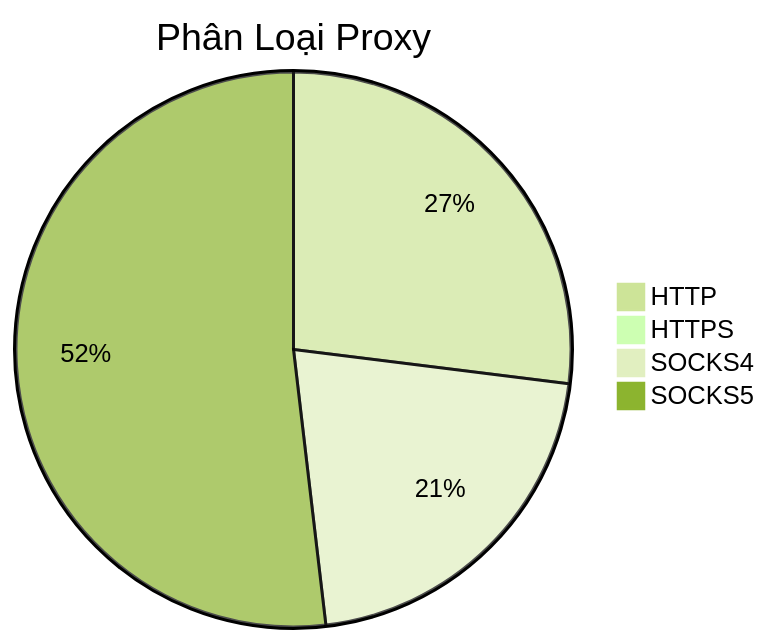
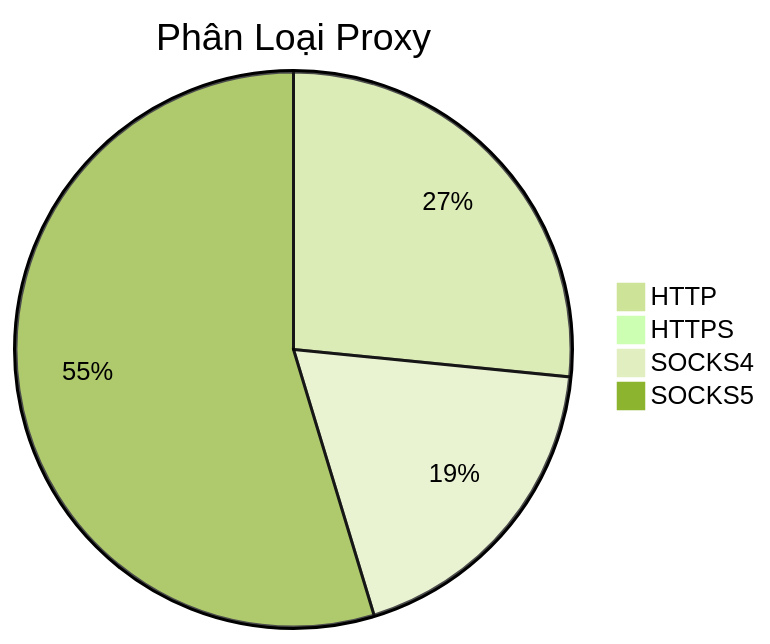
The diagram in README.md (Ciara-Aa/PROXY-free), drawn with Mermaid (forest theme) before and after one commit. The commit also changed other lines of this file and 4 other files, not shown here.

````diff
--- a/README.md
+++ b/README.md
@@ -26,7 +26,7 @@
 ```mermaid
 pie title Phân Loại Proxy
-    "HTTP" : 181
+    "HTTP" : 156
     "HTTPS" : 1
-    "SOCKS4" : 142
-    "SOCKS5" : 348
+    "SOCKS4" : 110
+    "SOCKS5" : 321
 ```
````
